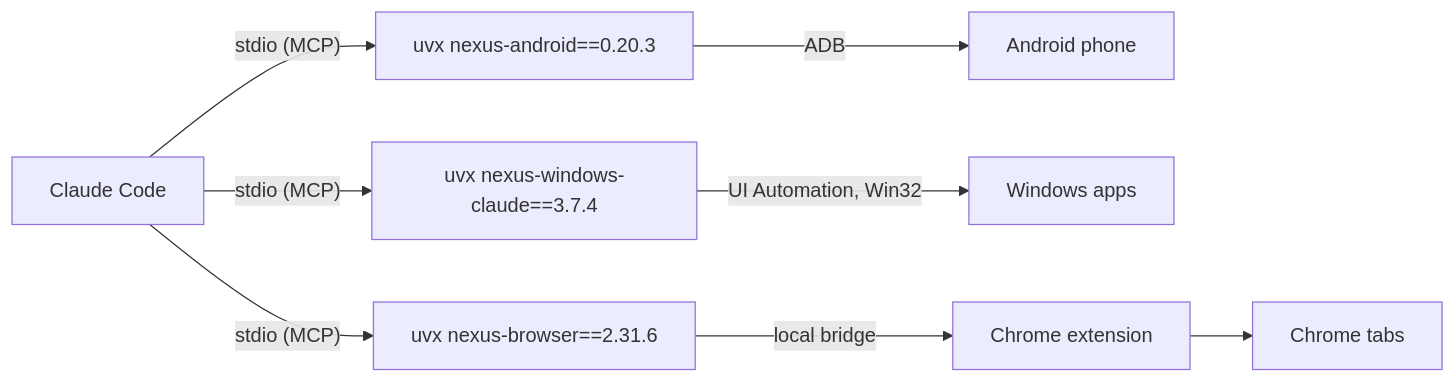
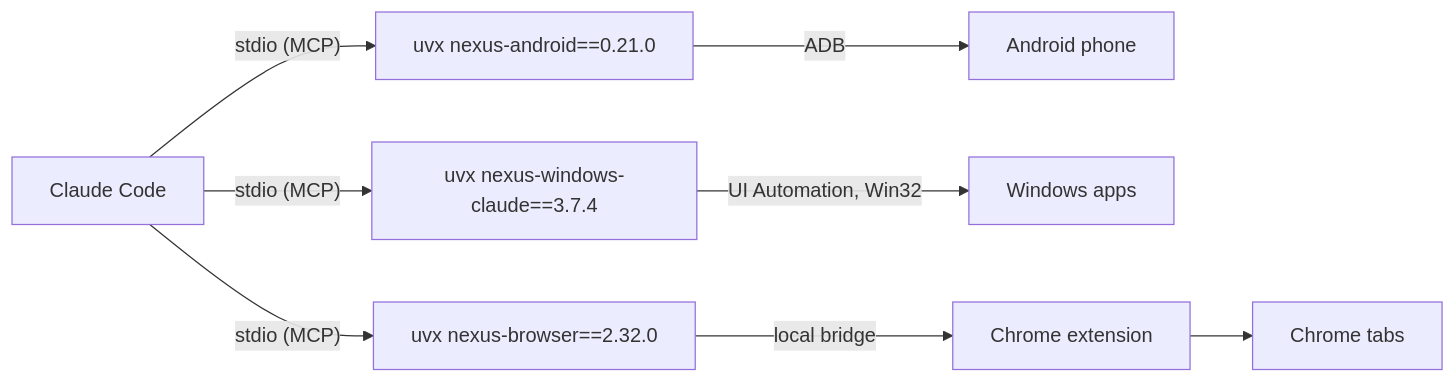
Before and after one commit to pironjulien/NexusSystem: the diagram in README.md, drawn with Mermaid. The commit also changed other lines of this file and 25 other files, not shown here.

````diff
--- a/README.md
+++ b/README.md
@@ -156,6 +156,6 @@
 ```mermaid
 flowchart LR
-    C["Claude Code"] -- "stdio (MCP)" --> A["uvx nexus-android==0.20.3"] -- ADB --> P["Android phone"]
+    C["Claude Code"] -- "stdio (MCP)" --> A["uvx nexus-android==0.21.0"] -- ADB --> P["Android phone"]
     C -- "stdio (MCP)" --> W["uvx nexus-windows-claude==3.7.4"] -- "UI Automation, Win32" --> D["Windows apps"]
-    C -- "stdio (MCP)" --> B["uvx nexus-browser==2.31.6"] -- "local bridge" --> E["Chrome extension"] --> T["Chrome tabs"]
+    C -- "stdio (MCP)" --> B["uvx nexus-browser==2.32.0"] -- "local bridge" --> E["Chrome extension"] --> T["Chrome tabs"]
 ```
````
